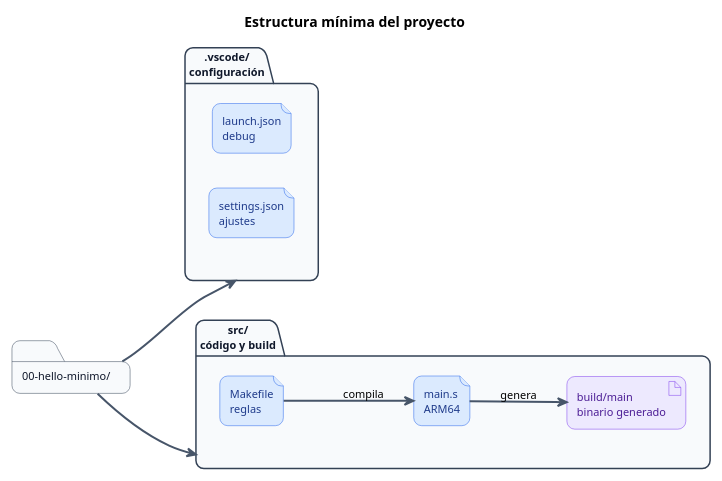
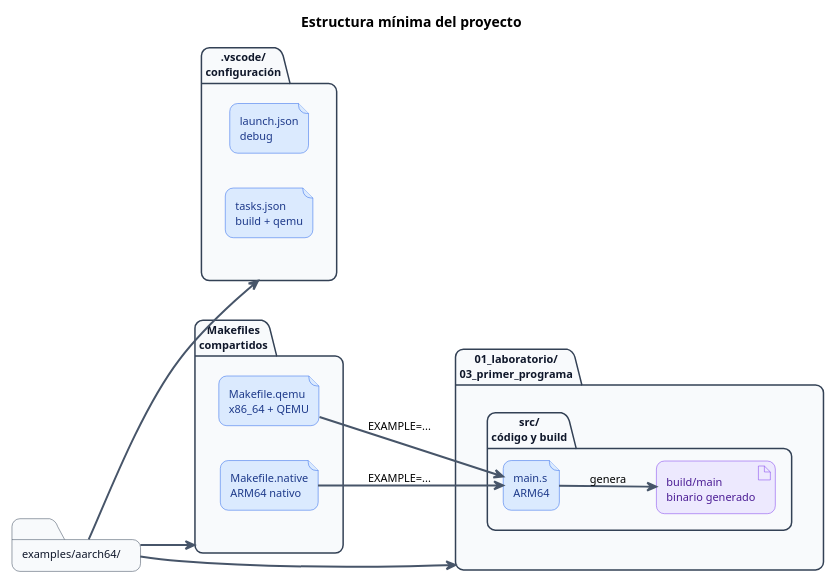
One commit to PoncheDeFrutas/arm-riscv-lab changed the second of 2 diagrams in site/slides/aarch64/01-laboratorio-arm64-reproducible.md. Above: the diagram before and after it, drawn with PlantUML. The commit also changed other lines of this file and 12 other files, not shown here.

Commit message:
Add objectives and improve documentation across multiple AArch64 examples and slides

````diff
--- a/site/slides/aarch64/01-laboratorio-arm64-reproducible.md
+++ b/site/slides/aarch64/01-laboratorio-arm64-reproducible.md
@@ -552,58 +556,66 @@
 ```plantuml
 @startuml
 scale 0.85
 
 title Estructura mínima del proyecto
 
 left to right direction
 
 skinparam backgroundColor transparent
 skinparam shadowing false
 skinparam roundcorner 16
 skinparam defaultFontName Arial
 skinparam defaultFontSize 11
 
 skinparam folder {
   BorderColor #334155
   BackgroundColor #f8fafc
   FontColor #0f172a
 }
 
 skinparam file {
   BorderColor #2563eb
   BackgroundColor #dbeafe
   FontColor #1e3a8a
 }
 
 skinparam artifact {
   BorderColor #7c3aed
   BackgroundColor #ede9fe
   FontColor #4c1d95
 }
 
 skinparam arrow {
   Color #475569
   Thickness 2
 }
 
-folder "00-hello-minimo/" as ROOT
+folder "examples/aarch64/" as ROOT
 
 folder ".vscode/\nconfiguración" as VSCODE {
   file "launch.json\ndebug" as LAUNCH
-  file "settings.json\najustes" as SETTINGS
+  file "tasks.json\nbuild + qemu" as TASKS
 }
 
-folder "src/\ncódigo y build" as SRC {
-  file "Makefile\nreglas" as MAKEFILE
-  file "main.s\nARM64" as MAIN
-  artifact "build/main\nbinario generado" as BUILD
+folder "Makefiles\ncompartidos" as MAKEFILES {
+  file "Makefile.qemu\nx86_64 + QEMU" as MQ
+  file "Makefile.native\nARM64 nativo" as MN
+}
+
+folder "01_laboratorio/\n03_primer_programa" as EXAMPLE {
+  folder "src/\ncódigo y build" as SRC {
+    file "main.s\nARM64" as MAIN
+    artifact "build/main\nbinario generado" as BUILD
+  }
 }
 
 ROOT --> VSCODE
-ROOT --> SRC
+ROOT --> MAKEFILES
+ROOT --> EXAMPLE
 
-MAKEFILE --> MAIN : compila
+MQ --> MAIN : EXAMPLE=...
+MN --> MAIN : EXAMPLE=...
 MAIN --> BUILD : genera
 
 @enduml
 ```
````
